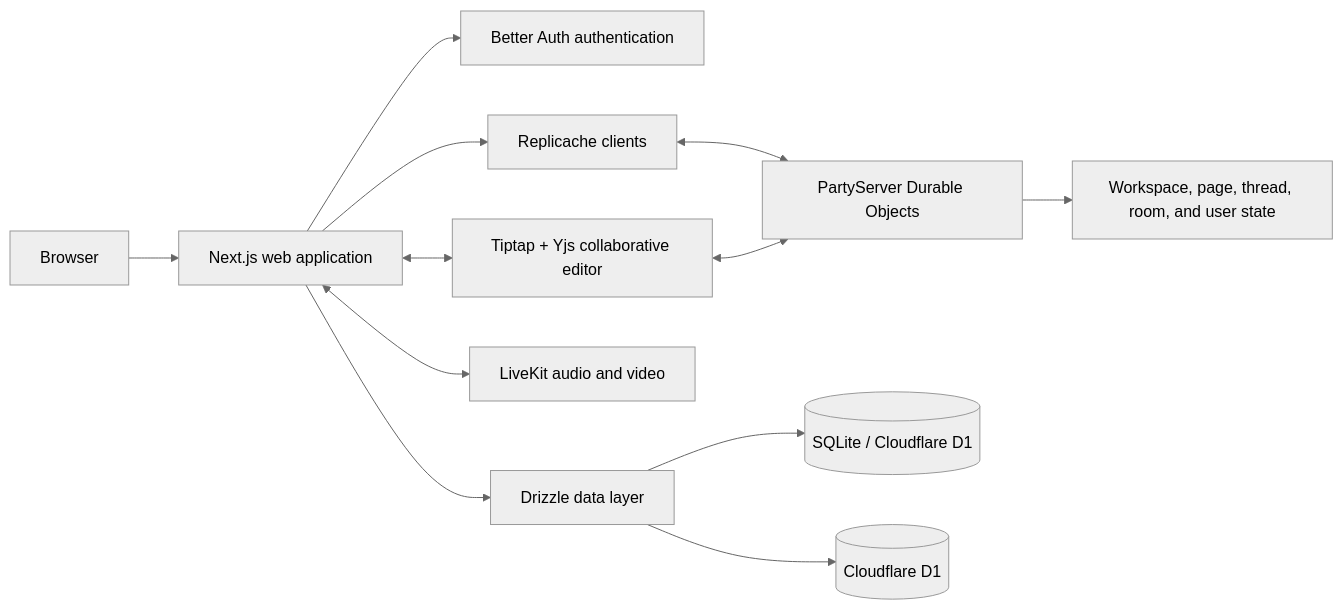
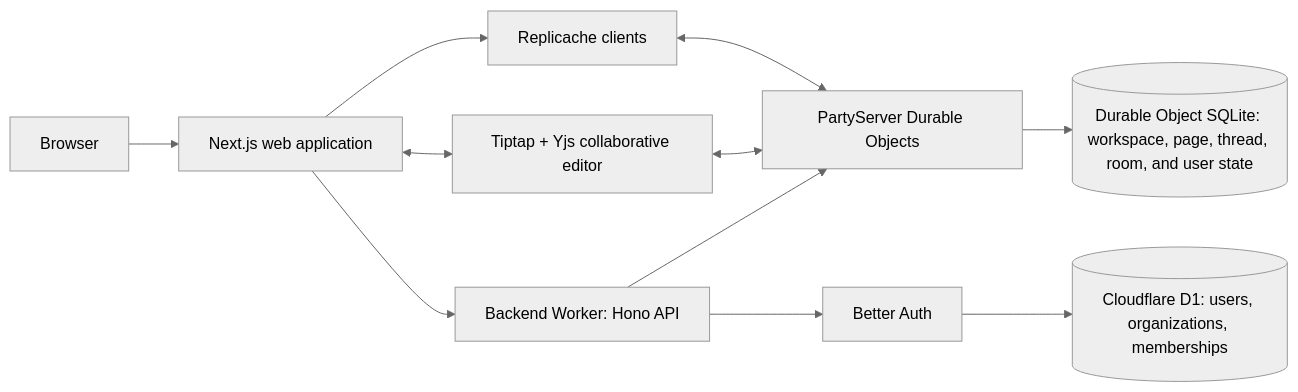
One commit to amr21x/Wodge changed the diagram in README.md. Above: the diagram before and after it, drawn with Mermaid (neutral theme). The commit also changed other lines of this file and 7 other files, not shown here.

````diff
--- a/README.md
+++ b/README.md
@@ -60,17 +61,15 @@
 ```mermaid
 flowchart LR
     U[Browser] --> W[Next.js web application]
-    W --> A[Better Auth authentication]
+    W --> R[Replicache clients]
+    W <--> Y[Tiptap + Yjs collaborative editor]
 
-    W --> R[Replicache clients]
-    R <--> P[PartyServer Durable Objects]
-    P --> E[Workspace, page, thread, room, and user state]
-
-    W <--> Y[Tiptap + Yjs collaborative editor]
+    W --> B[Backend Worker: Hono API]
+    R <--> P
     Y <--> P
 
-    W <--> L[LiveKit audio and video]
-    W --> D[Drizzle data layer]
-    D --> S[(SQLite / Cloudflare D1)]
-    D --> D1[(Cloudflare D1)]
+    B --> A[Better Auth]
+    A --> D1[(Cloudflare D1: users, organizations, memberships)]
+    B --> P[PartyServer Durable Objects]
+    P --> S[(Durable Object SQLite: workspace, page, thread, room, and user state)]
 ```
````
